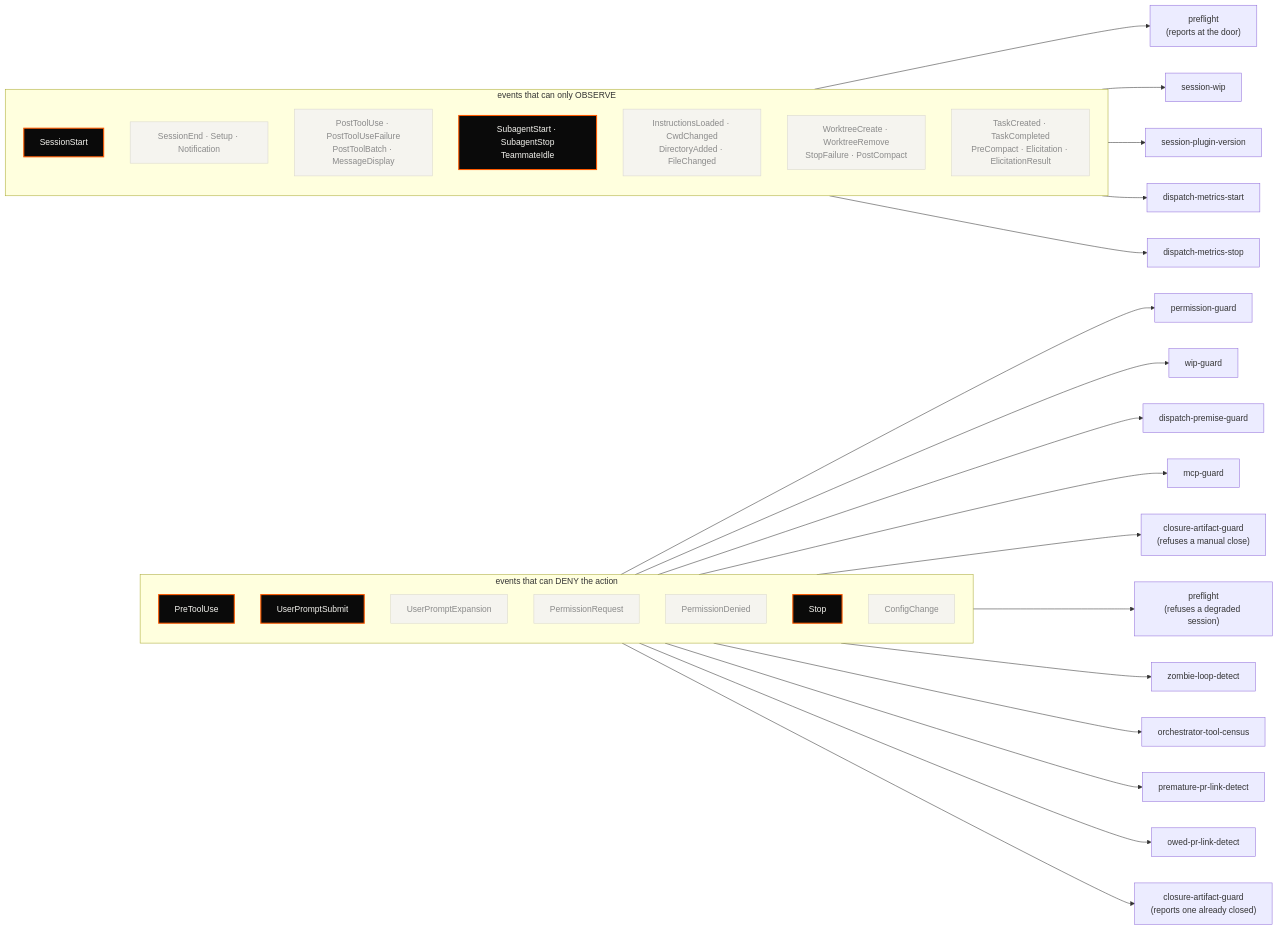
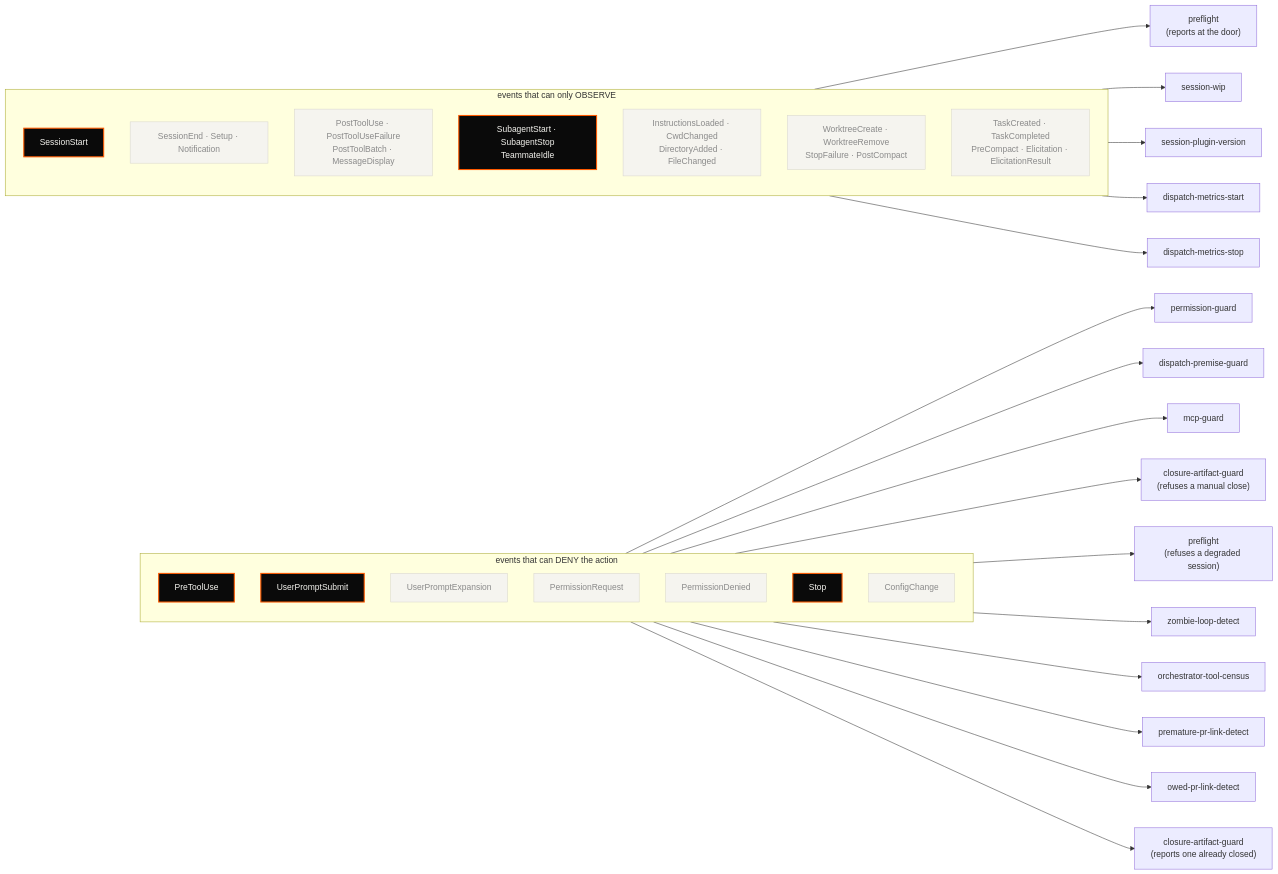
One commit to tedeuxx/tadeumendonca-skills changed the fourth of 5 diagrams in README.md. Above: the diagram before and after it, drawn with Mermaid. The commit also changed other lines of this file and 17 other files, not shown here.

````diff
--- a/README.md
+++ b/README.md
@@ -1333,63 +1340,61 @@
 ```mermaid
 flowchart LR
   classDef used fill:#0A0A0A,color:#F5F4EF,stroke:#FF5A00,stroke-width:2px
   classDef idle fill:#F5F4EF,color:#8A8A8A,stroke:#D8D6CE
 
   subgraph BLOCK["events that can DENY the action"]
     direction TB
     E1["PreToolUse"]
     E2["UserPromptSubmit"]
     E3["UserPromptExpansion"]:::idle
     E4["PermissionRequest"]:::idle
     E5["PermissionDenied"]:::idle
     E6["Stop"]
     E7["ConfigChange"]:::idle
   end
 
   subgraph OBS["events that can only OBSERVE"]
     direction TB
     O1["SessionStart"]
     O2["SessionEnd · Setup · Notification"]:::idle
     O3["PostToolUse · PostToolUseFailure<br/>PostToolBatch · MessageDisplay"]:::idle
     O4["SubagentStart · SubagentStop<br/>TeammateIdle"]:::idle
     O5["InstructionsLoaded · CwdChanged<br/>DirectoryAdded · FileChanged"]:::idle
     O6["WorktreeCreate · WorktreeRemove<br/>StopFailure · PostCompact"]:::idle
     O7["TaskCreated · TaskCompleted<br/>PreCompact · Elicitation · ElicitationResult"]:::idle
   end
 
   H1["permission-guard"]
-  H2["wip-guard"]
   H3["session-wip"]
   H4["session-plugin-version"]
   H5["dispatch-metrics-start"]
   H6["dispatch-metrics-stop"]
   H7["zombie-loop-detect"]
   H9["orchestrator-tool-census"]
   H10["premature-pr-link-detect"]
   H17["owed-pr-link-detect"]
   H11["dispatch-premise-guard"]
   H12["closure-artifact-guard<br/>(refuses a manual close)"]
   H13["closure-artifact-guard<br/>(reports one already closed)"]
   H14["preflight<br/>(refuses a degraded session)"]
   H15["preflight<br/>(reports at the door)"]
   H16["mcp-guard"]
 
   E1 --> H1
-  E1 --> H2
   E1 --> H11
   E1 --> H16
   E1 --> H12
   E2 --> H14
   O1 --> H15
   O1 --> H3
   O1 --> H4
   O4 --> H5
   O4 --> H6
   E6 --> H7
   E6 --> H9
   E6 --> H10
   E6 --> H17
   E6 --> H13
 
   class E1,E2,O1,O4,E6 used
 ```
````
